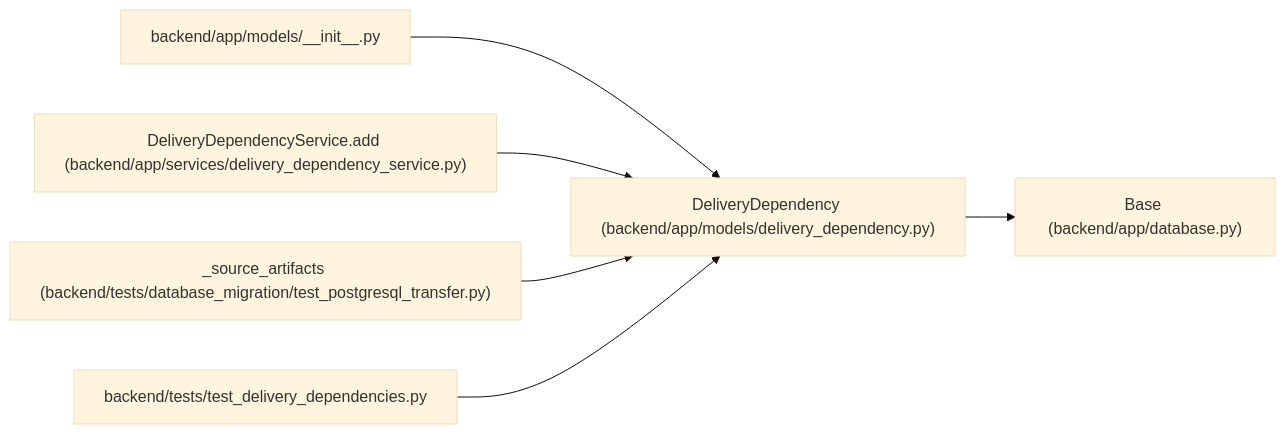
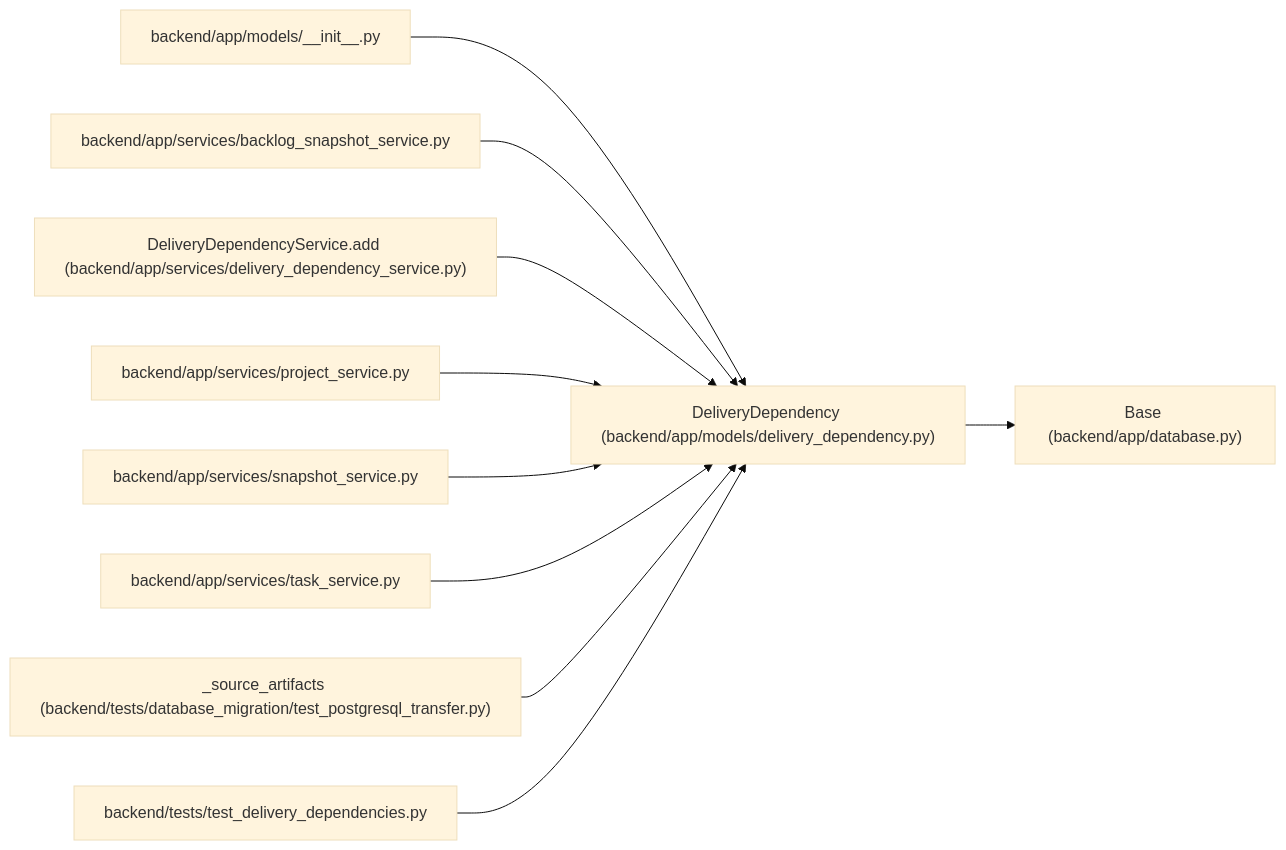
One commit to Denissvgn/WorkChord changed the diagram in docs/llm_wiki/entities/DeliveryDependency.md. Above: the diagram before and after it, drawn with Mermaid (base theme). The commit also changed other lines of this file and 25171 other files, not shown here.

````diff
--- a/docs/llm_wiki/entities/DeliveryDependency.md
+++ b/docs/llm_wiki/entities/DeliveryDependency.md
@@ -28,20 +28,32 @@
 ```mermaid
 flowchart LR
     n0["DeliveryDependency (backend/app/models/delivery_dependency.py)"]
     n1["Base (backend/app/database.py)"]
     n2["backend/app/models/__init__.py"]
-    n3["DeliveryDependencyService.add (backend/app/services/delivery_dependency_service.py)"]
-    n4["_source_artifacts (backend/tests/database_migration/test_postgresql_transfer.py)"]
-    n5["backend/tests/test_delivery_dependencies.py"]
+    n3["backend/app/services/backlog_snapshot_service.py"]
+    n4["DeliveryDependencyService.add (backend/app/services/delivery_dependency_service.py)"]
+    n5["backend/app/services/project_service.py"]
+    n6["backend/app/services/snapshot_service.py"]
+    n7["backend/app/services/task_service.py"]
+    n8["_source_artifacts (backend/tests/database_migration/test_postgresql_transfer.py)"]
+    n9["backend/tests/test_delivery_dependencies.py"]
     n0 --> n1
     n2 --> n0
     n3 --> n0
     n4 --> n0
     n5 --> n0
+    n6 --> n0
+    n7 --> n0
+    n8 --> n0
+    n9 --> n0
     click n0 "../modules/delivery_dependency.md"
     click n1 "../modules/app_database.md"
     click n2 "../modules/models___init__.md"
-    click n3 "../modules/delivery_dependency_service.md"
-    click n4 "../modules/test_postgresql_transfer.md"
-    click n5 "../modules/test_delivery_dependencies.md"
+    click n3 "../modules/backlog_snapshot_service.md"
+    click n4 "../modules/delivery_dependency_service.md"
+    click n5 "../modules/project_service.md"
+    click n6 "../modules/snapshot_service.md"
+    click n7 "../modules/task_service.md"
+    click n8 "../modules/test_postgresql_transfer.md"
+    click n9 "../modules/test_delivery_dependencies.md"
 ```
````
